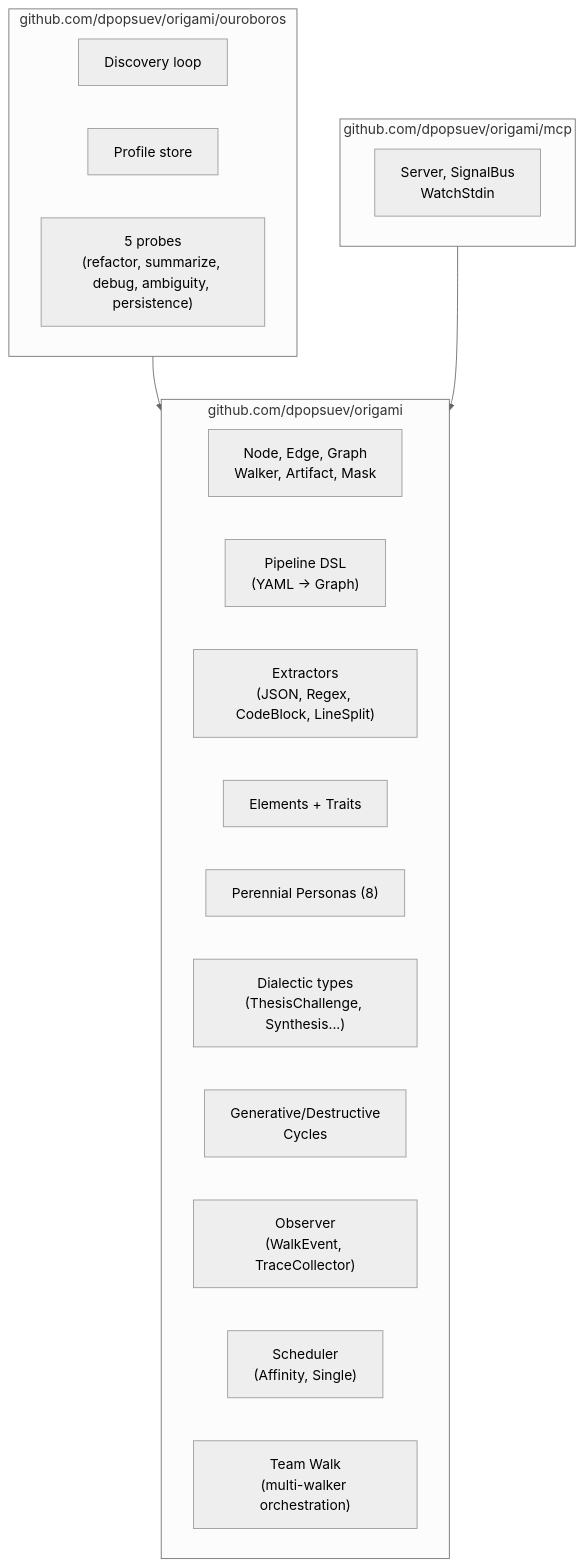
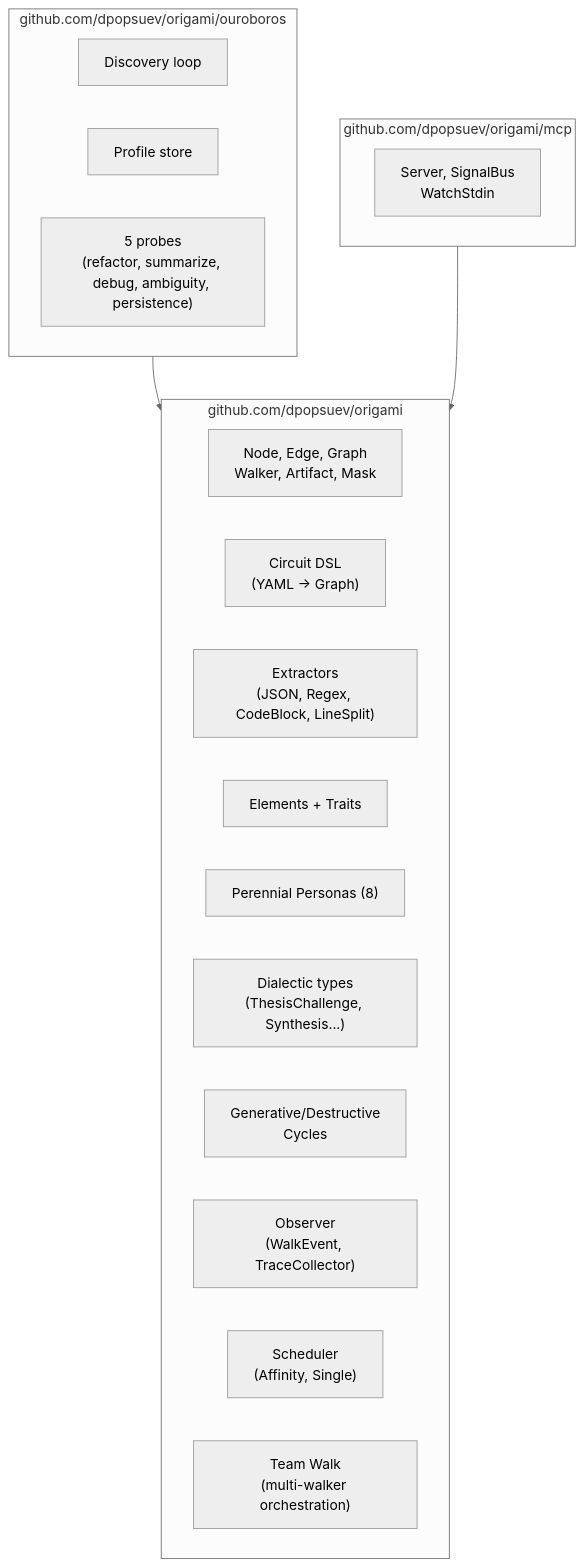
One commit to dpopsuev/origami changed the diagram in .cursor/docs/architecture.md. Above: the diagram before and after it, drawn with Mermaid (neutral theme). The commit also changed other lines of this file and 315 other files, not shown here.

````diff
--- a/.cursor/docs/architecture.md
+++ b/.cursor/docs/architecture.md
@@ -9,28 +9,28 @@
 ```mermaid
 flowchart TD
     subgraph origami ["github.com/dpopsuev/origami"]
         Interfaces["Node, Edge, Graph\nWalker, Artifact, Mask"]
-        DSL["Pipeline DSL\n(YAML → Graph)"]
+        DSL["Circuit DSL\n(YAML → Graph)"]
         Extractors["Extractors\n(JSON, Regex, CodeBlock, LineSplit)"]
         Elements["Elements + Traits"]
         Personas["Perennial Personas (8)"]
         Dialectic["Dialectic types\n(ThesisChallenge, Synthesis...)"]
         Cycles["Generative/Destructive\nCycles"]
         Obs["Observer\n(WalkEvent, TraceCollector)"]
         Sched["Scheduler\n(Affinity, Single)"]
         TeamW["Team Walk\n(multi-walker orchestration)"]
     end
 
     subgraph mcp_pkg ["github.com/dpopsuev/origami/mcp"]
         MCPServer["Server, SignalBus\nWatchStdin"]
     end
 
     subgraph ouroboros_pkg ["github.com/dpopsuev/origami/ouroboros"]
         Discovery["Discovery loop"]
         Profiles["Profile store"]
         Probes["5 probes\n(refactor, summarize, debug, ambiguity, persistence)"]
     end
 
     ouroboros_pkg --> origami
     mcp_pkg --> origami
 ```
````
